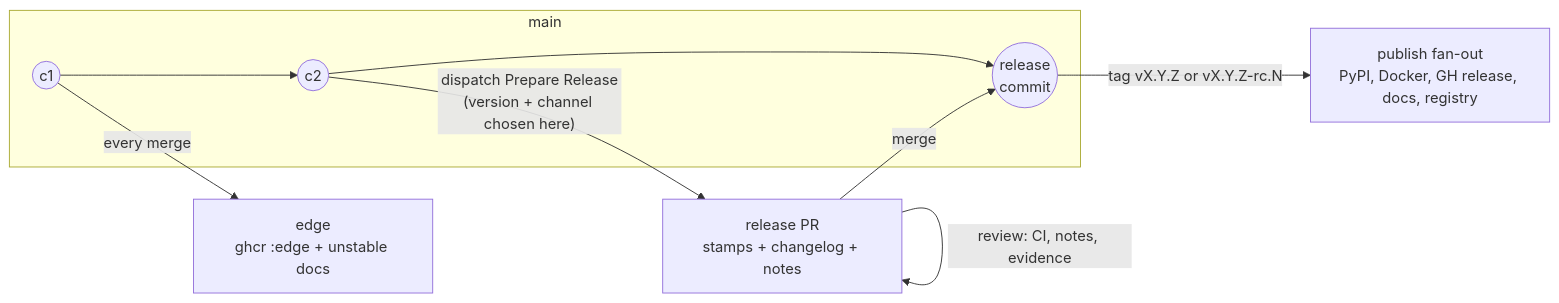
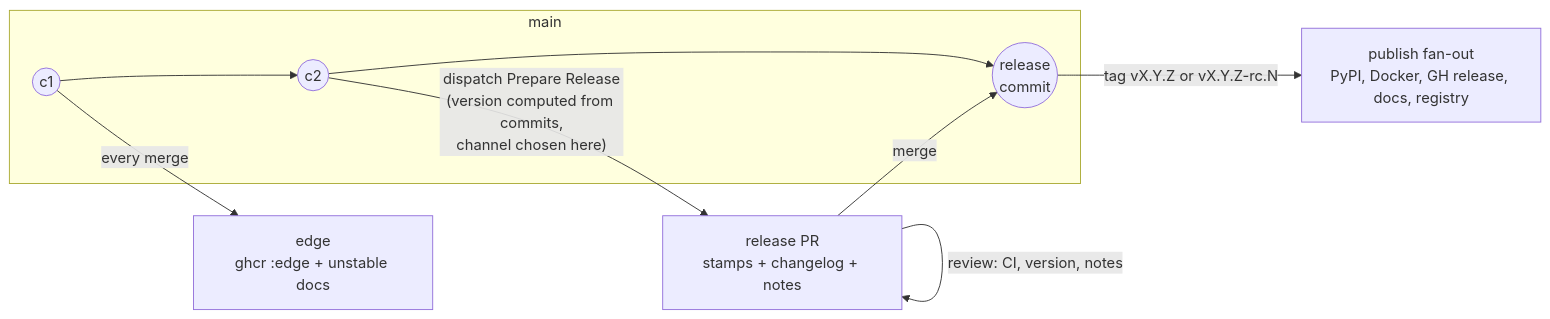
One commit to pvliesdonk/markdown-vault-mcp changed the diagram in docs/design/release-vision.md. Above: the diagram before and after it, drawn with Mermaid. The commit also changed other lines of this file, not shown here.

First line of the commit message:
docs(release): revise vision to v2 — conventional commits, adopt knope, stable equals last rc

````diff
--- a/docs/design/release-vision.md
+++ b/docs/design/release-vision.md
@@ -33,11 +40,11 @@
 ```mermaid
 flowchart LR
     subgraph trunk [main]
         M1((c1)) --> M2((c2)) --> M3((release<br/>commit))
     end
     M1 -- every merge --> EDGE["edge<br/>ghcr :edge + unstable docs"]
-    M2 -- "dispatch Prepare Release<br/>(version + channel chosen here)" --> PR["release PR<br/>stamps + changelog + notes"]
-    PR -- "review: CI, notes, evidence" --> PR
+    M2 -- "dispatch Prepare Release<br/>(version computed from commits,<br/>channel chosen here)" --> PR["release PR<br/>stamps + changelog + notes"]
+    PR -- "review: CI, version, notes" --> PR
     PR -- merge --> M3
     M3 -- "tag vX.Y.Z or vX.Y.Z-rc.N" --> PUB["publish fan-out<br/>PyPI, Docker, GH release, docs, registry"]
 ```
````
